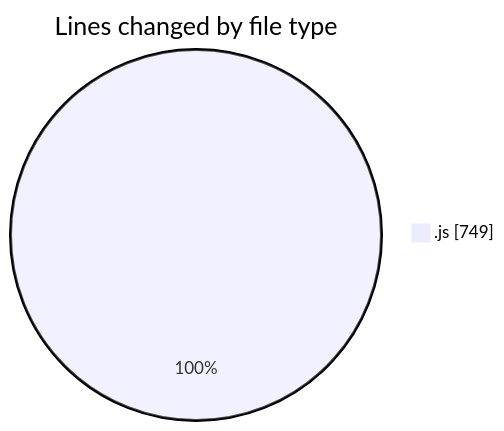
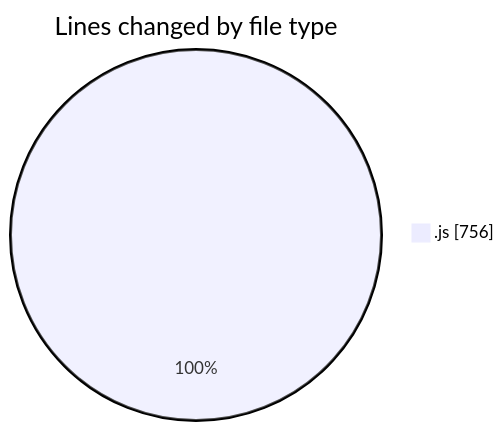
Before and after one commit to nxtqubesakshisongat/code-tracking: the first of 2 diagrams in 2025-11-04/nxtqube_webapp/README.md, drawn with Mermaid. The commit also changed other lines of this file and 1 other file, not shown here.

````diff
--- a/2025-11-04/nxtqube_webapp/README.md
+++ b/2025-11-04/nxtqube_webapp/README.md
@@ -23,5 +23,5 @@
 ```mermaid
 pie showData
 title Lines changed by file type
-".js" : 749
+".js" : 756
 ```
````
